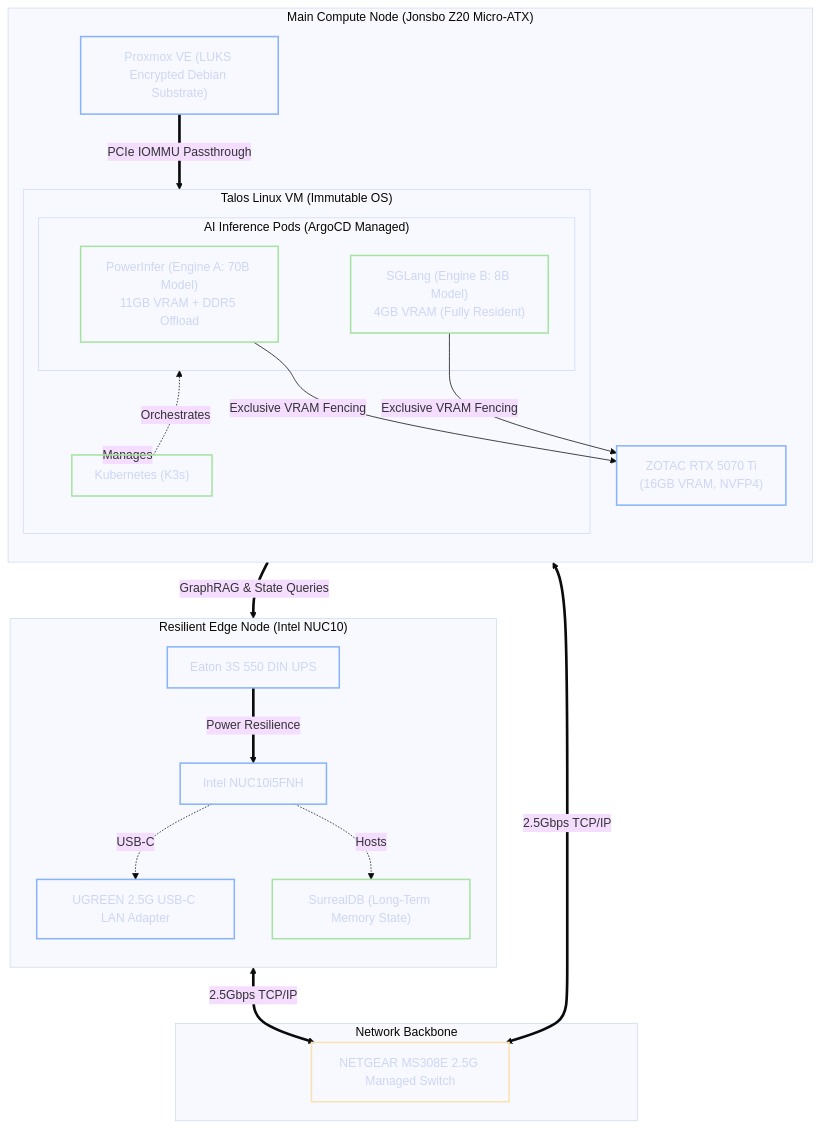
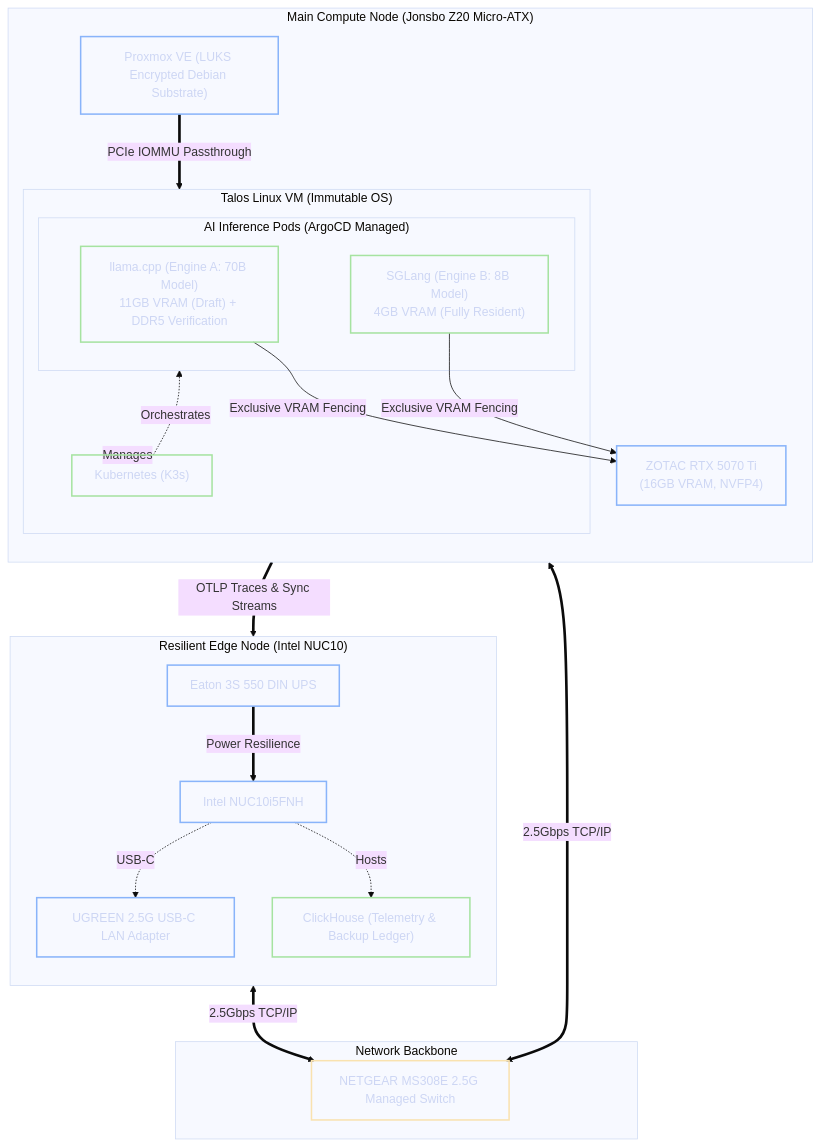
One commit to foersben/janus-synapse-edge changed the diagram in docs/00. Architecture Overview & Constraints Strategy.md. Above: the diagram before and after it, drawn with Mermaid (base theme). The commit also changed other lines of this file and 12 other files, not shown here.

````diff
--- a/docs/00. Architecture Overview & Constraints Strategy.md
+++ b/docs/00. Architecture Overview & Constraints Strategy.md
@@ -80,54 +80,54 @@
 ```mermaid
 flowchart TD
     %% Styling Definitions
     classDef hardware fill:transparent,stroke:#89b4fa,stroke-width:2px,color:#cdd6f4
     classDef software fill:transparent,stroke:#a6e3a1,stroke-width:2px,color:#cdd6f4
     classDef network fill:transparent,stroke:#f9e2af,stroke-width:2px,color:#cdd6f4
 
     subgraph MainCompute["Main Compute Node (Jonsbo Z20 Micro-ATX)"]
         direction TB
         Proxmox["Proxmox VE (LUKS Encrypted Debian Substrate)"]:::hardware
 
         subgraph TalosVM["Talos Linux VM (Immutable OS)"]
             K3s["Kubernetes (K3s)"]:::software
 
             subgraph AI_Pods["AI Inference Pods (ArgoCD Managed)"]
-                PowerInfer["PowerInfer (Engine A: 70B Model)<br/>11GB VRAM + DDR5 Offload"]:::software
+                llama_cpp["llama.cpp (Engine A: 70B Model)<br/>11GB VRAM (Draft) + DDR5 Verification"]:::software
                 SGLang["SGLang (Engine B: 8B Model)<br/>4GB VRAM (Fully Resident)"]:::software
             end
         end
 
         GPU["ZOTAC RTX 5070 Ti<br/>(16GB VRAM, NVFP4)"]:::hardware
 
         %% Connections inside Main Compute
         Proxmox == "PCIe IOMMU Passthrough" ==> TalosVM
         TalosVM -. "Manages" .-> K3s
         K3s -. "Orchestrates" .-> AI_Pods
-        PowerInfer -- "Exclusive VRAM Fencing" --> GPU
+        llama_cpp -- "Exclusive VRAM Fencing" --> GPU
         SGLang -- "Exclusive VRAM Fencing" --> GPU
     end
 
     subgraph Network["Network Backbone"]
         Switch["NETGEAR MS308E 2.5G Managed Switch"]:::network
     end
 
     subgraph EdgeNode["Resilient Edge Node (Intel NUC10)"]
         direction TB
         EatonUPS["Eaton 3S 550 DIN UPS"]:::hardware
         NUC["Intel NUC10i5FNH"]:::hardware
         Adapter["UGREEN 2.5G USB-C LAN Adapter"]:::hardware
-        SurrealDB["SurrealDB (Long-Term Memory State)"]:::software
+        ClickHouse["ClickHouse (Telemetry & Backup Ledger)"]:::software
 
         %% Connections inside Edge Node
         EatonUPS == "Power Resilience" ==> NUC
         NUC -. "USB-C" .-> Adapter
-        NUC -. "Hosts" .-> SurrealDB
+        NUC -. "Hosts" .-> ClickHouse
     end
 
     %% External Connections
     MainCompute <== "2.5Gbps TCP/IP" ==> Switch
     Adapter <== "2.5Gbps TCP/IP" ==> Switch
 
     %% Logical Interactions
-    AI_Pods == "GraphRAG & State Queries" ==> SurrealDB
+    AI_Pods == "OTLP Traces & Sync Streams" ==> ClickHouse
 ```
````
